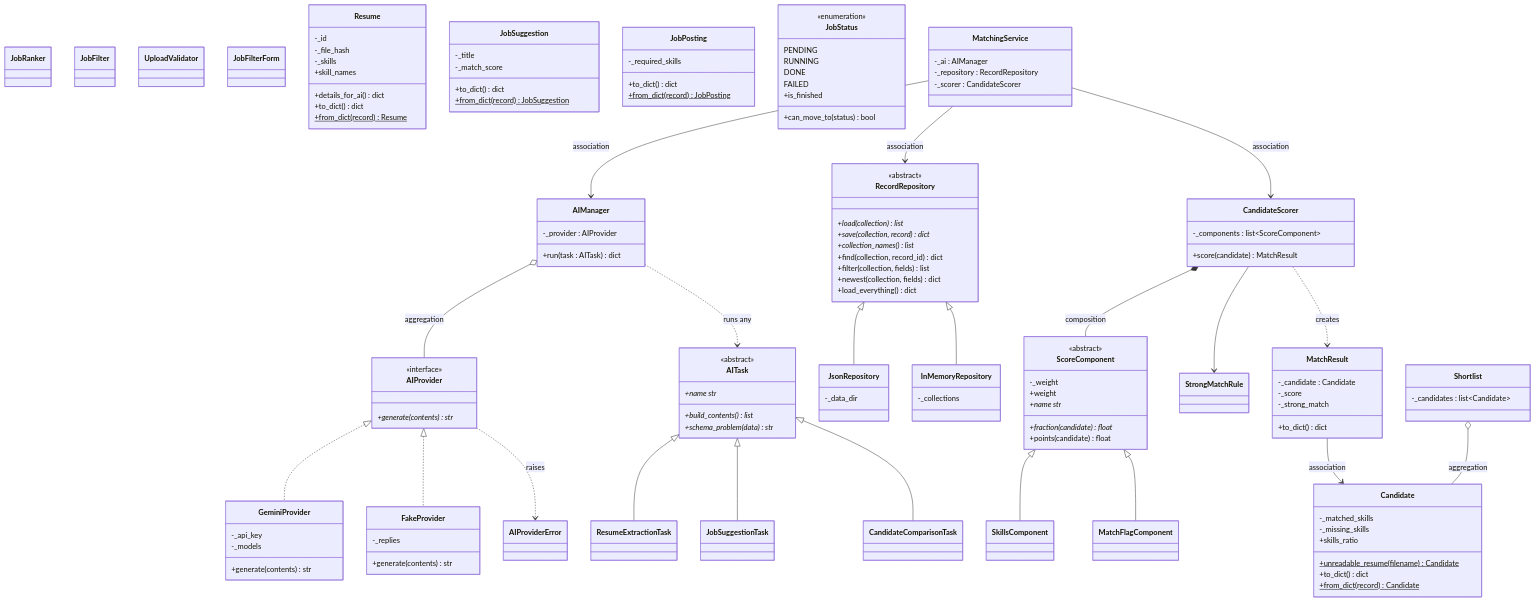
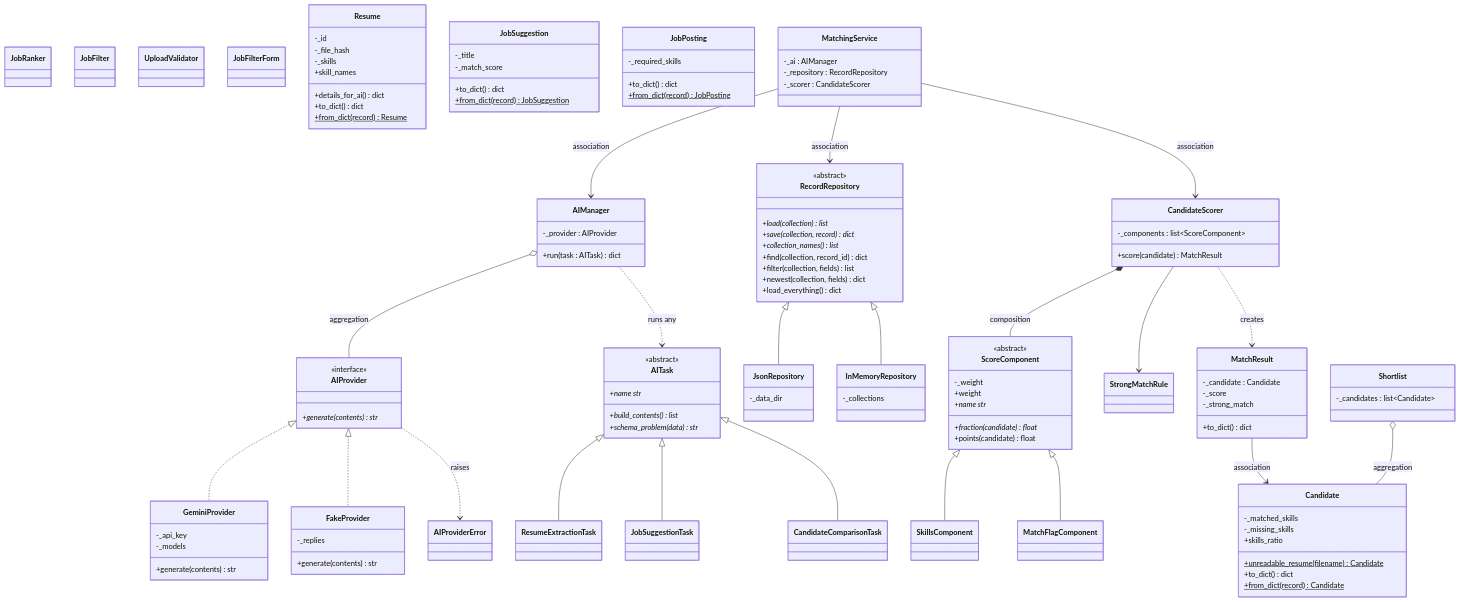
Before and after one commit to zeeEXE06/INF1103_Group-3_Assgn1: the diagram in docs/class-diagram.md, drawn with Mermaid. The commit also changed 3 other files, not shown here.

First line of the commit message:
Remove JobStatus now that threading is dropped

```diff
--- a/docs/class-diagram.md
+++ b/docs/class-diagram.md
@@ -129,15 +129,6 @@
         -_strong_match
         +to_dict() dict
     }
-    class JobStatus {
-        <<enumeration>>
-        PENDING
-        RUNNING
-        DONE
-        FAILED
-        +is_finished
-        +can_move_to(status) bool
-    }
     MatchResult --> Candidate : association
     CandidateScorer ..> MatchResult : creates
 
```
